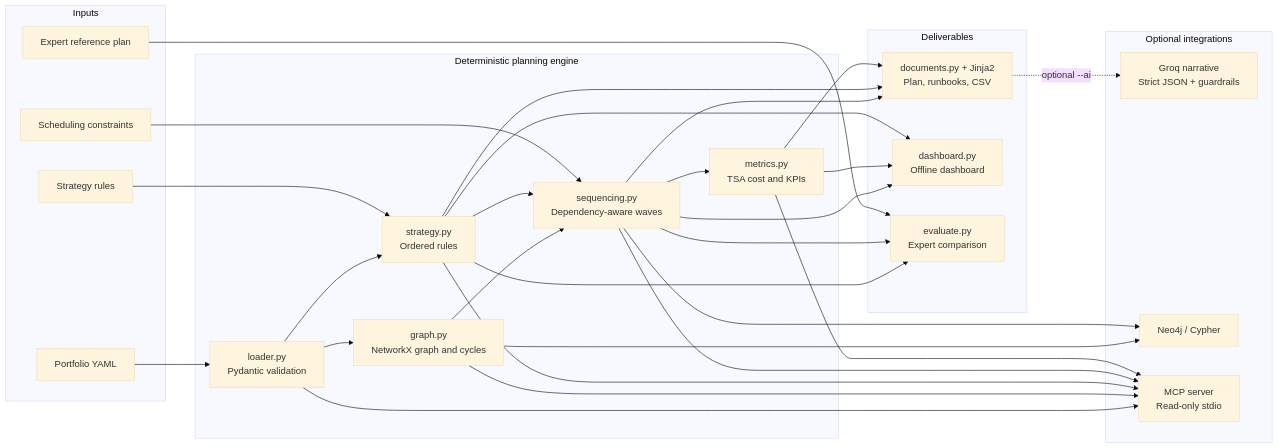
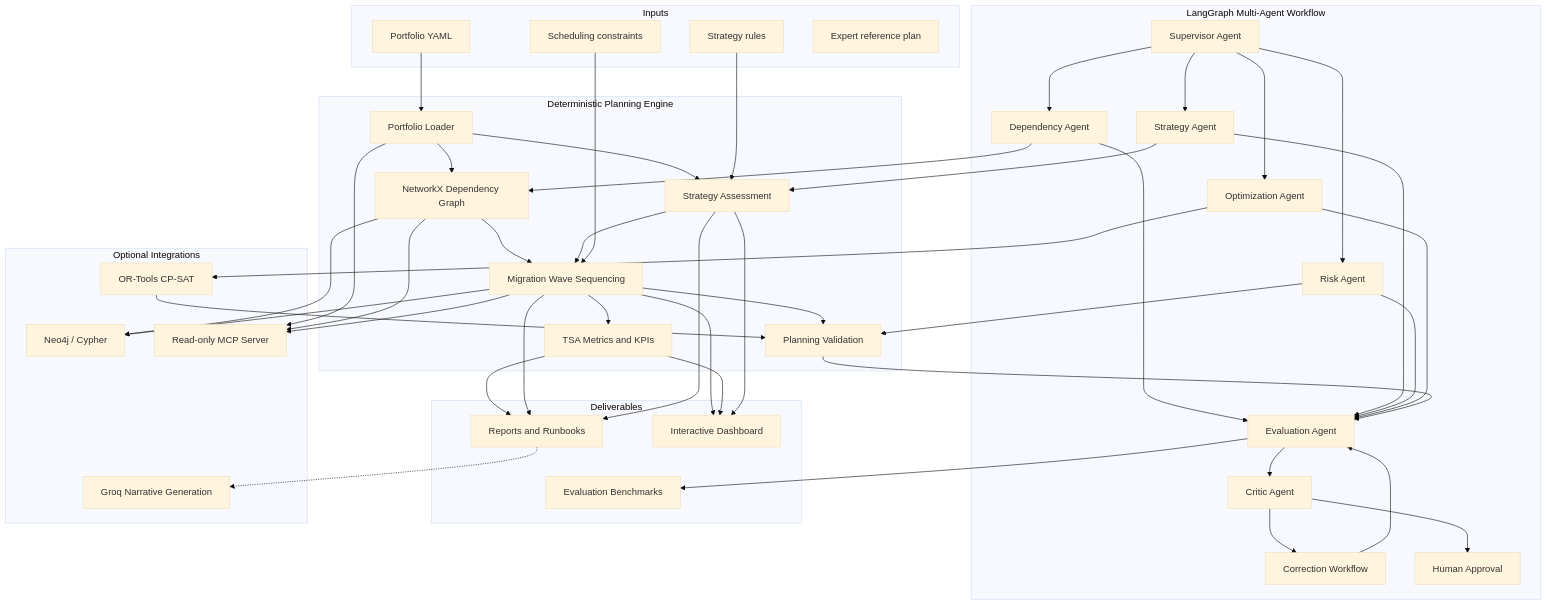
Before and after one commit to maryem37/splitwise-it: the diagram in README.md, drawn with Mermaid (base theme). The commit also changed other lines of this file, not shown here.

````diff
--- a/README.md
+++ b/README.md
@@ -86,5 +119,5 @@
 ```mermaid
-flowchart LR
+flowchart TB
     subgraph Inputs
         P["Portfolio YAML"]
         R["Strategy rules"]
@@ -92,48 +125,85 @@
         E["Expert reference plan"]
     end
 
-    subgraph Core["Deterministic planning engine"]
-        L["loader.py<br/>Pydantic validation"]
-        G["graph.py<br/>NetworkX graph and cycles"]
-        S["strategy.py<br/>Ordered rules"]
-        Q["sequencing.py<br/>Dependency-aware waves"]
-        M["metrics.py<br/>TSA cost and KPIs"]
+    subgraph Core["Deterministic Planning Engine"]
+        L["Portfolio Loader"]
+        G["NetworkX Dependency Graph"]
+        S["Strategy Assessment"]
+        Q["Migration Wave Sequencing"]
+        M["TSA Metrics and KPIs"]
+        V["Planning Validation"]
     end
 
-    subgraph Deliverables
-        D["documents.py + Jinja2<br/>Plan, runbooks, CSV"]
-        UI["dashboard.py<br/>Offline dashboard"]
-        EV["evaluate.py<br/>Expert comparison"]
+    subgraph Agents["LangGraph Multi-Agent Workflow"]
+        SUP["Supervisor Agent"]
+        DEP["Dependency Agent"]
+        STR["Strategy Agent"]
+        RISK["Risk Agent"]
+        OPT["Optimization Agent"]
+        EVAL["Evaluation Agent"]
+        CRIT["Critic Agent"]
+        CORR["Correction Workflow"]
+        APPROVAL["Human Approval"]
     end
 
-    subgraph Integrations["Optional integrations"]
-        AI["Groq narrative<br/>Strict JSON + guardrails"]
-        N4["Neo4j / Cypher"]
-        MCP["MCP server<br/>Read-only stdio"]
+    subgraph Outputs["Deliverables"]
+        D["Reports and Runbooks"]
+        UI["Interactive Dashboard"]
+        BENCH["Evaluation Benchmarks"]
     end
 
-    P --> L --> G
+    subgraph Integrations["Optional Integrations"]
+        AI["Groq Narrative Generation"]
+        N4["Neo4j / Cypher"]
+        MCP["Read-only MCP Server"]
+        CPSAT["OR-Tools CP-SAT"]
+    end
+
+    P --> L
+    L --> G
     L --> S
     R --> S
     G --> Q
     S --> Q
     C --> Q
     Q --> M
+    Q --> V
+
+    SUP --> DEP
+    SUP --> STR
+    SUP --> RISK
+    SUP --> OPT
+
+    DEP --> G
+    STR --> S
+    RISK --> V
+    OPT --> CPSAT
+    CPSAT --> V
+
+    DEP --> EVAL
+    STR --> EVAL
+    RISK --> EVAL
+    OPT --> EVAL
+    V --> EVAL
+
+    EVAL --> CRIT
+    CRIT --> CORR
+    CORR --> EVAL
+    CRIT --> APPROVAL
+
+    M --> D
     Q --> D
     S --> D
-    M --> D
+    EVAL --> BENCH
+
     Q --> UI
     M --> UI
     S --> UI
-    D -. "optional --ai" .-> AI
+
+    D -.-> AI
     G --> N4
     Q --> N4
-    S --> EV
-    Q --> EV
-    E --> EV
     L --> MCP
     G --> MCP
-    S --> MCP
     Q --> MCP
-    M --> MCP
 ```
````
